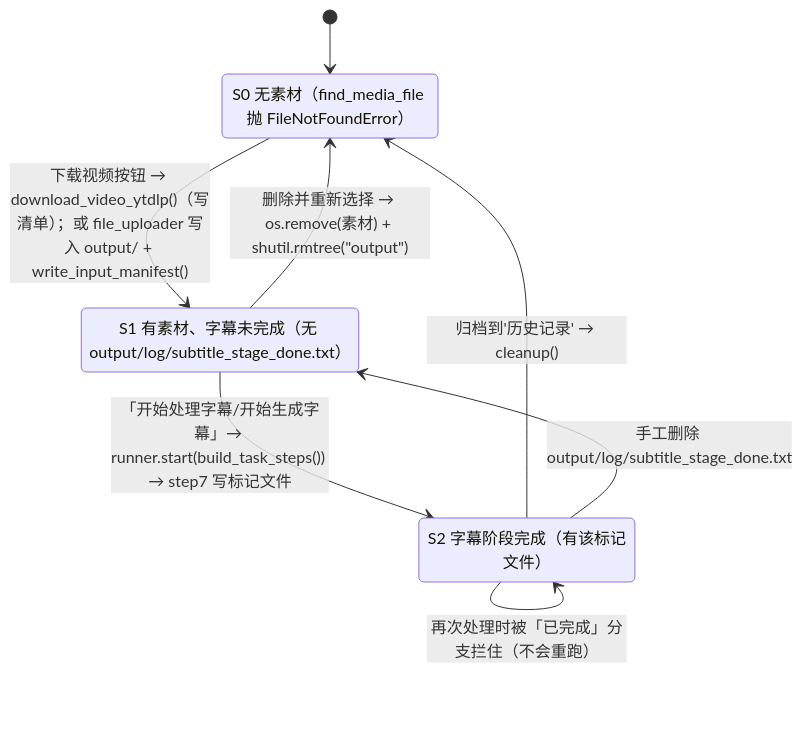
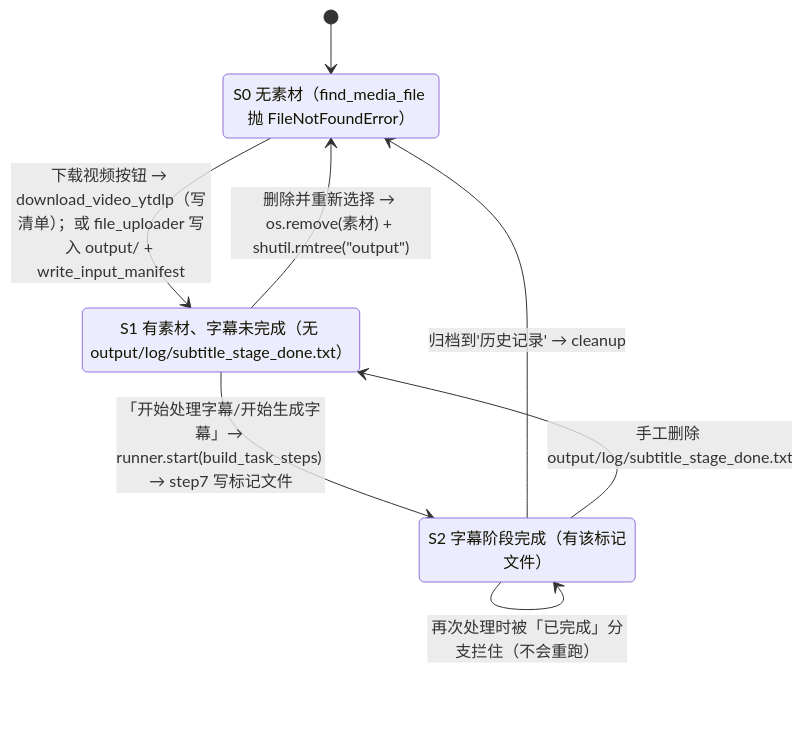
Before and after one commit to Brzjomo/VideoLingoMove: the fourth of 4 diagrams in devdocs/01-entrypoints/01-Streamlit主应用入口.md, drawn with Mermaid. The commit also changed other lines of this file and 33 other files, not shown here.

````diff
--- a/devdocs/01-entrypoints/01-Streamlit主应用入口.md
+++ b/devdocs/01-entrypoints/01-Streamlit主应用入口.md
@@ -188,14 +188,14 @@
 ```mermaid
 stateDiagram-v2
-    [*] --> S0
-    S0 : S0 无素材（find_media_file 抛 FileNotFoundError）
-    S1 : S1 有素材、字幕未完成（无 output/log/subtitle_stage_done.txt）
-    S2 : S2 字幕阶段完成（有该标记文件）
+ [*] --> S0
+ S0 : S0 无素材（find_media_file 抛 FileNotFoundError）
+ S1 : S1 有素材、字幕未完成（无 output/log/subtitle_stage_done.txt）
+ S2 : S2 字幕阶段完成（有该标记文件）
 
-    S0 --> S1 : 下载视频按钮 → download_video_ytdlp()（写清单）；或 file_uploader 写入 output/ + write_input_manifest()
-    S1 --> S2 : 「开始处理字幕/开始生成字幕」→ runner.start(build_task_steps()) → step7 写标记文件
-    S2 --> S0 : 归档到'历史记录' → cleanup()
-    S1 --> S0 : 删除并重新选择 → os.remove(素材) + shutil.rmtree("output")
-    S2 --> S1 : 手工删除 output/log/subtitle_stage_done.txt
-    S2 --> S2 : 再次处理时被「已完成」分支拦住（不会重跑）
+ S0 --> S1 : 下载视频按钮 → download_video_ytdlp（写清单）；或 file_uploader 写入 output/ + write_input_manifest
+ S1 --> S2 : 「开始处理字幕/开始生成字幕」→ runner.start(build_task_steps) → step7 写标记文件
+ S2 --> S0 : 归档到'历史记录' → cleanup
+ S1 --> S0 : 删除并重新选择 → os.remove(素材) + shutil.rmtree("output")
+ S2 --> S1 : 手工删除 output/log/subtitle_stage_done.txt
+ S2 --> S2 : 再次处理时被「已完成」分支拦住（不会重跑）
 ```
````
